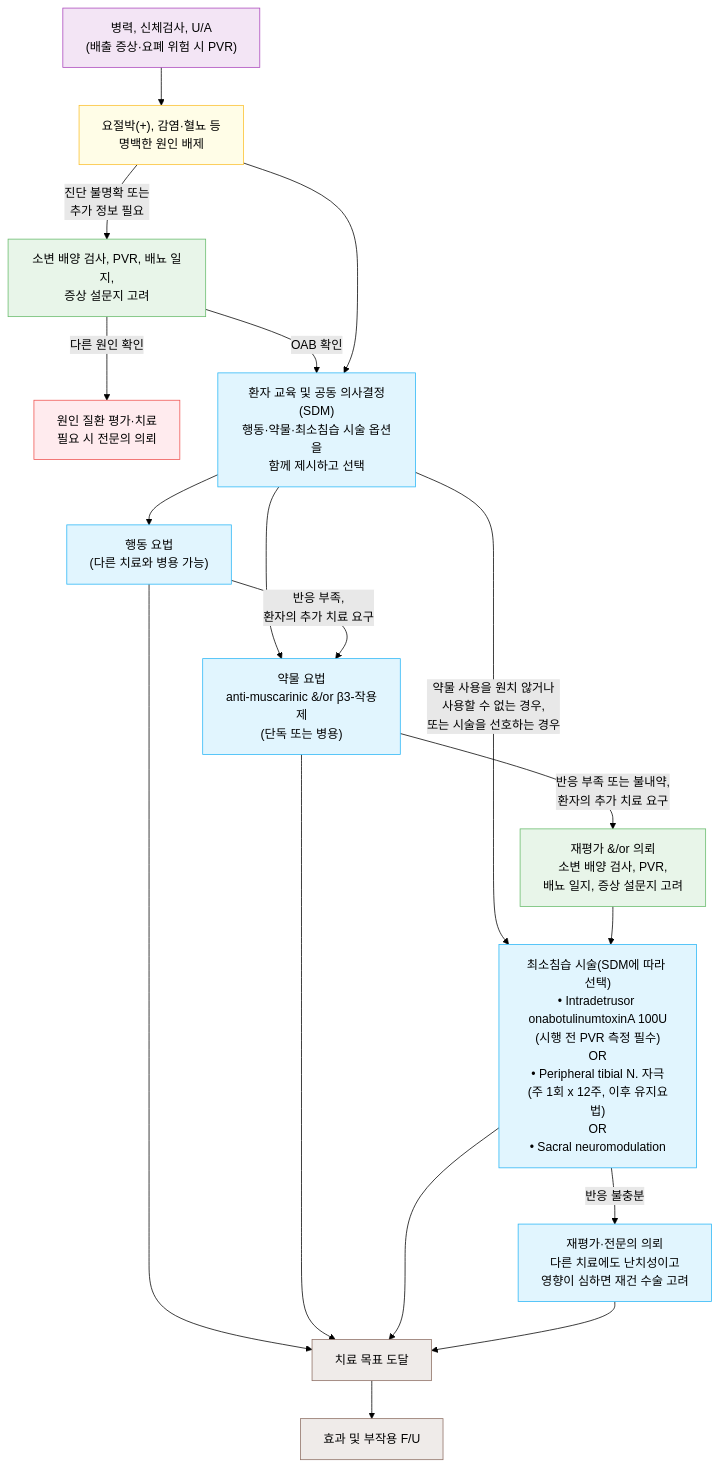
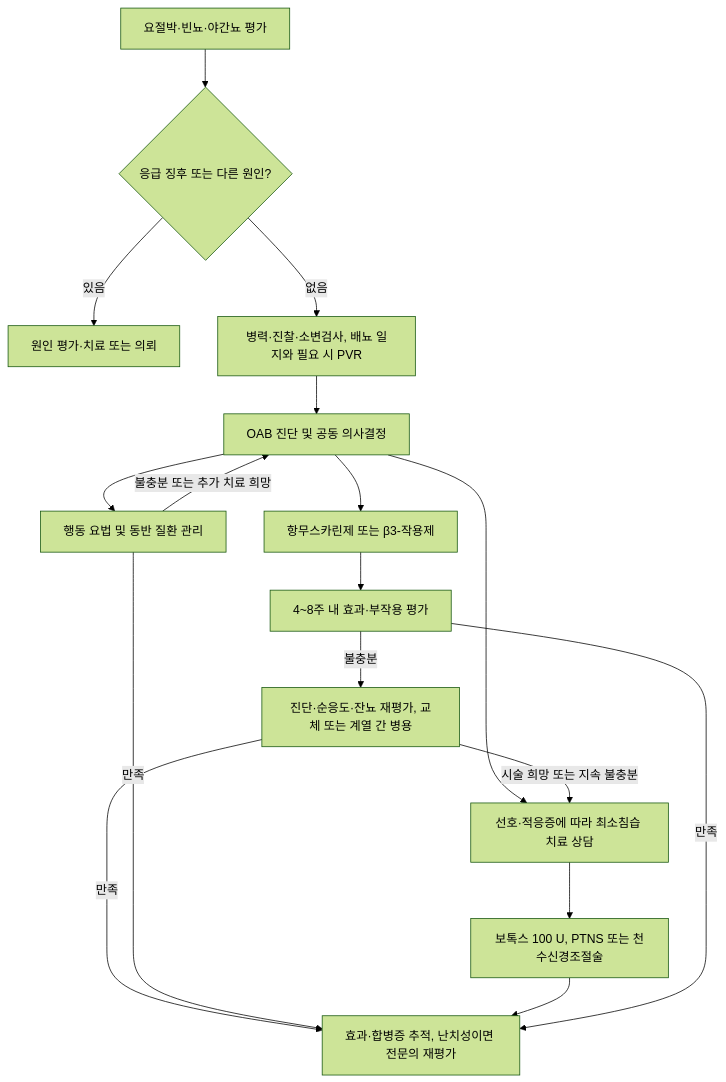
The diagram in 227_/126_-overactive-bladder-oab.md (familyoh77/familyoh77), drawn with Mermaid (forest theme) before and after one commit. The commit also changed other lines of this file and 9 other files, not shown here.

````diff
--- a/227_/126_-overactive-bladder-oab.md
+++ b/227_/126_-overactive-bladder-oab.md
@@ -104,42 +119,19 @@
 ```mermaid
-graph TD
-    A["병력, 신체검사, U/A<br/>(배출 증상·요폐 위험 시 PVR)"] --> B["요절박(+), 감염·혈뇨 등<br/>명백한 원인 배제"]
-
-    B -->|"진단 불명확 또는<br/>추가 정보 필요"| C["소변 배양 검사, PVR, 배뇨 일지,<br/>증상 설문지 고려"]
-    C -->|"다른 원인 확인"| D["원인 질환 평가·치료<br/>필요 시 전문의 의뢰"]
-    C -->|"OAB 확인"| E
-
-    B --> E["환자 교육 및 공동 의사결정(SDM)<br/>행동·약물·최소침습 시술 옵션을<br/>함께 제시하고 선택"]
-
-    E --> F["행동 요법<br/>(다른 치료와 병용 가능)"]
-    E --> G["약물 요법<br/>anti-muscarinic &/or β3-작용제<br/>(단독 또는 병용)"]
-    E -->|"약물 사용을 원치 않거나<br/>사용할 수 없는 경우,<br/>또는 시술을 선호하는 경우"| J
-
-    F -->|"반응 부족,<br/>환자의 추가 치료 요구"| G
-    F --> H["치료 목표 도달"]
-
-    G -->|"반응 부족 또는 불내약,<br/>환자의 추가 치료 요구"| I["재평가 &/or 의뢰<br/>소변 배양 검사, PVR,<br/>배뇨 일지, 증상 설문지 고려"]
-    G --> H
-
-    I --> J["최소침습 시술(SDM에 따라 선택)<br/>• Intradetrusor onabotulinumtoxinA 100U<br/>(시행 전 PVR 측정 필수)<br/>OR<br/>• Peripheral tibial N. 자극<br/>(주 1회 x 12주, 이후 유지요법)<br/>OR<br/>• Sacral neuromodulation"]
-
-    J --> H
-    J -->|"반응 불충분"| K["재평가·전문의 의뢰<br/>다른 치료에도 난치성이고<br/>영향이 심하면 재건 수술 고려"]
-    K --> H
-
-    H --> L["효과 및 부작용 F/U"]
-
-    classDef purple fill:#f3e5f5,stroke:#ab47bc,stroke-width:1px;
-    classDef yellow fill:#fffde7,stroke:#fbc02d,stroke-width:1px;
-    classDef green fill:#e8f5e9,stroke:#66bb6a,stroke-width:1px;
-    classDef red fill:#ffebee,stroke:#ef5350,stroke-width:1px;
-    classDef blue fill:#e1f5fe,stroke:#29b6f6,stroke-width:1px;
-    classDef gray fill:#efebe9,stroke:#8d6e63,stroke-width:1px;
-
-    class A purple;
-    class B yellow;
-    class C,I green;
-    class D red;
-    class E,F,G,J,K blue;
-    class H,L gray;
+flowchart TD
+    A["요절박·빈뇨·야간뇨 평가"] --> B{"응급 징후 또는 다른 원인?"}
+    B -->|"있음"| C["원인 평가·치료 또는 의뢰"]
+    B -->|"없음"| D["병력·진찰·소변검사, 배뇨 일지와 필요 시 PVR"]
+    D --> E["OAB 진단 및 공동 의사결정"]
+    E --> F["행동 요법 및 동반 질환 관리"]
+    E --> G["항무스카린제 또는 β3-작용제"]
+    E --> H["선호·적응증에 따라 최소침습 치료 상담"]
+    G --> I["4~8주 내 효과·부작용 평가"]
+    I -->|"불충분"| J["진단·순응도·잔뇨 재평가, 교체 또는 계열 간 병용"]
+    J -->|"시술 희망 또는 지속 불충분"| H
+    J -->|"만족"| L
+    F -->|"불충분 또는 추가 치료 희망"| E
+    F -->|"만족"| L
+    H --> K["보톡스 100 U, PTNS 또는 천수신경조절술"]
+    K --> L["효과·합병증 추적, 난치성이면 전문의 재평가"]
+    I -->|"만족"| L
 ```
````
